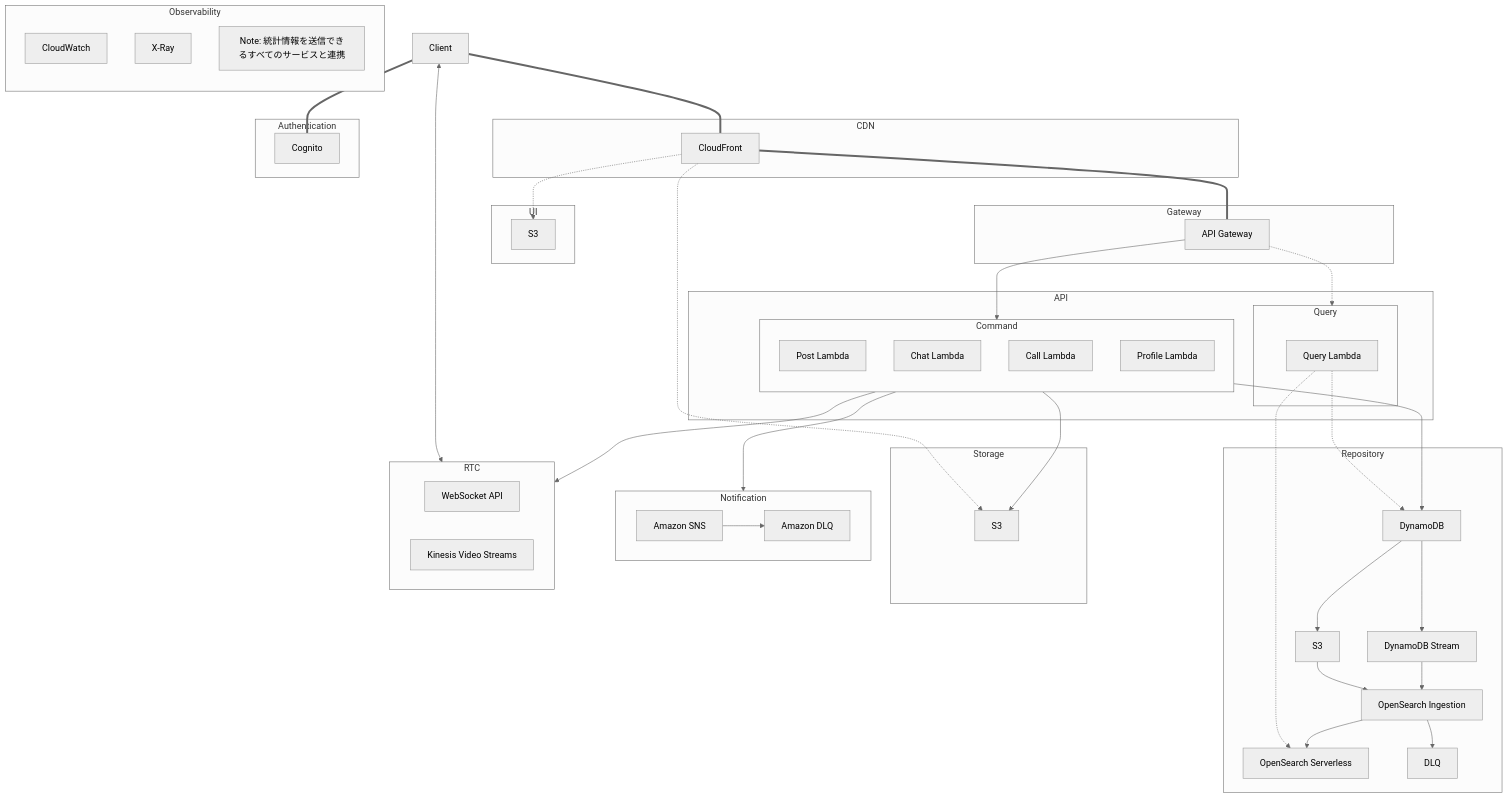
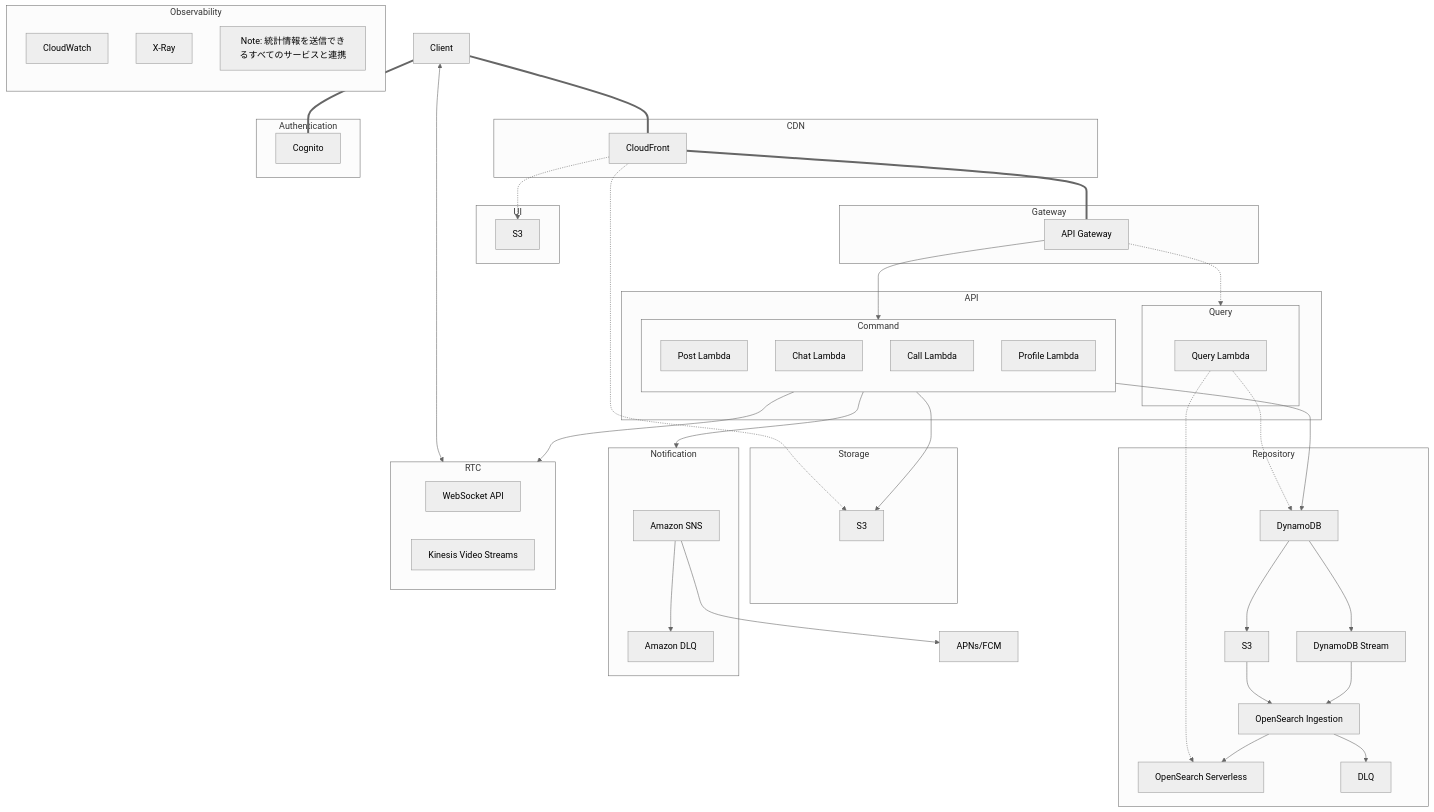
Before and after one commit to Xo1otl/mictlan: the diagram in apps/asyncsns/README.md, drawn with Mermaid (neutral theme).

Commit message:
微修正

````diff
--- a/apps/asyncsns/README.md
+++ b/apps/asyncsns/README.md
@@ -119,4 +119,5 @@
     OpenSearchIngestion --> OpenSearch
     OpenSearchIngestion --> OpenSearchDLQ
     SNS --> DLQ
+    SNS --> APNs/FCM
 ```
````
